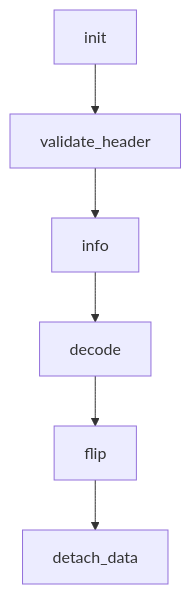
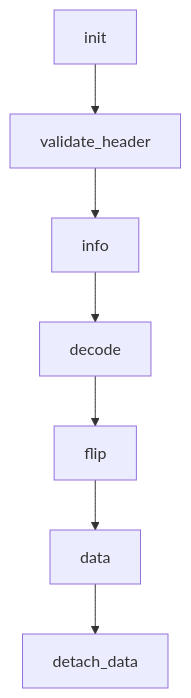
One commit to fluorohead/gia_tga changed the second of 3 diagrams in readme.md. Above: the diagram before and after it, drawn with Mermaid. The commit also changed other lines of this file and 1 other file, not shown here.

````diff
--- a/readme.md
+++ b/readme.md
@@ -62,8 +67,9 @@
 ```mermaid
 graph TD;
 init-->validate_header;
 validate_header-->info;
 info-->decode;
 decode-->flip;
-flip-->detach_data;
+flip-->data;
+data-->detach_data;
 ```
````
